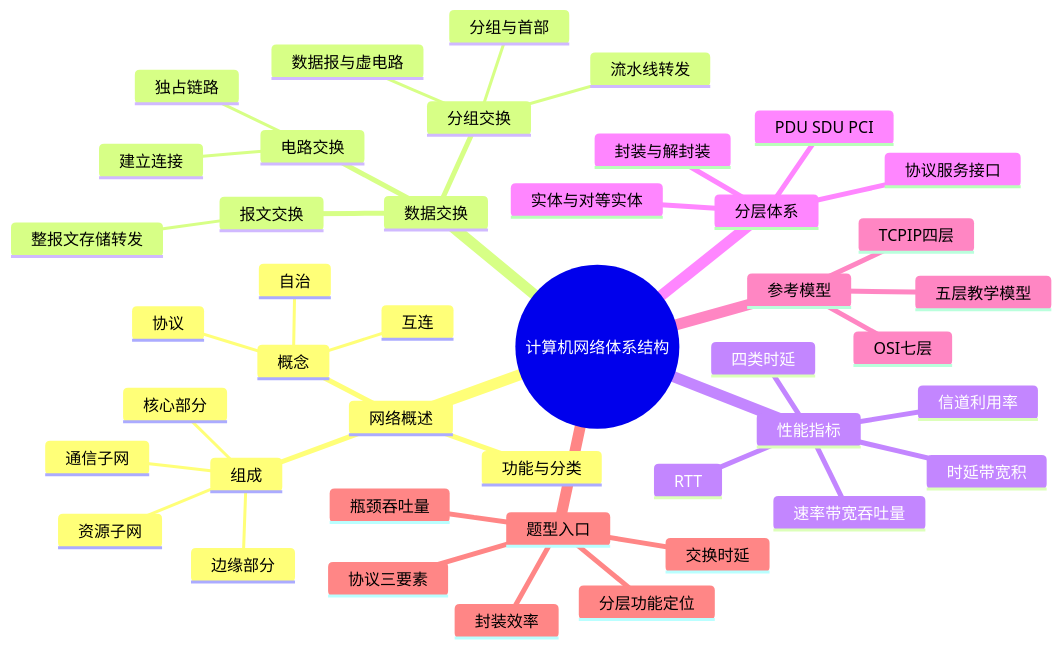
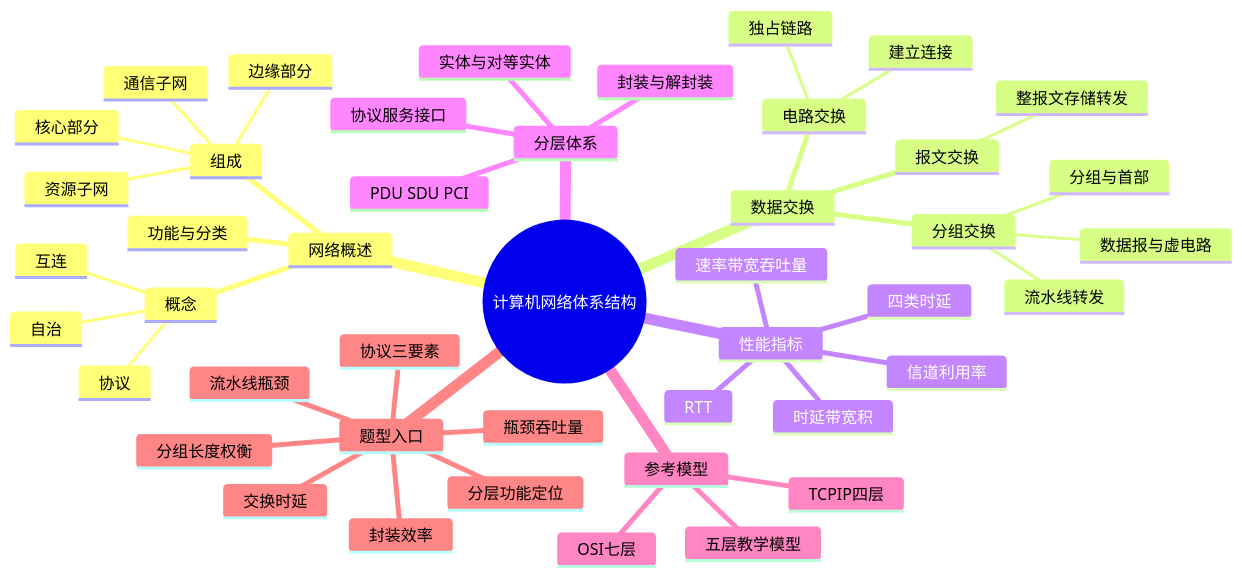
The diagram in 408/408考研笔记/计算机网络/01-计算机网络体系结构.md (Cthaat/Obsidian), drawn with Mermaid before and after one commit. The commit also changed other lines of this file and 14 other files, not shown here.

````diff
--- a/408/408考研笔记/计算机网络/01-计算机网络体系结构.md
+++ b/408/408考研笔记/计算机网络/01-计算机网络体系结构.md
@@ -31,46 +32,48 @@
 ```mermaid
 mindmap
   root((计算机网络体系结构))
     网络概述
       概念
         自治
         互连
         协议
       组成
         边缘部分
         核心部分
         通信子网
         资源子网
       功能与分类
     数据交换
       电路交换
         建立连接
         独占链路
       报文交换
         整报文存储转发
       分组交换
         分组与首部
         流水线转发
         数据报与虚电路
     性能指标
       速率带宽吞吐量
       四类时延
       时延带宽积
       RTT
       信道利用率
     分层体系
       实体与对等实体
       协议服务接口
       PDU SDU PCI
       封装与解封装
     参考模型
       OSI七层
       TCPIP四层
       五层教学模型
     题型入口
       交换时延
+      流水线瓶颈
       瓶颈吞吐量
+      分组长度权衡
       协议三要素
       分层功能定位
       封装效率
 ```
````
